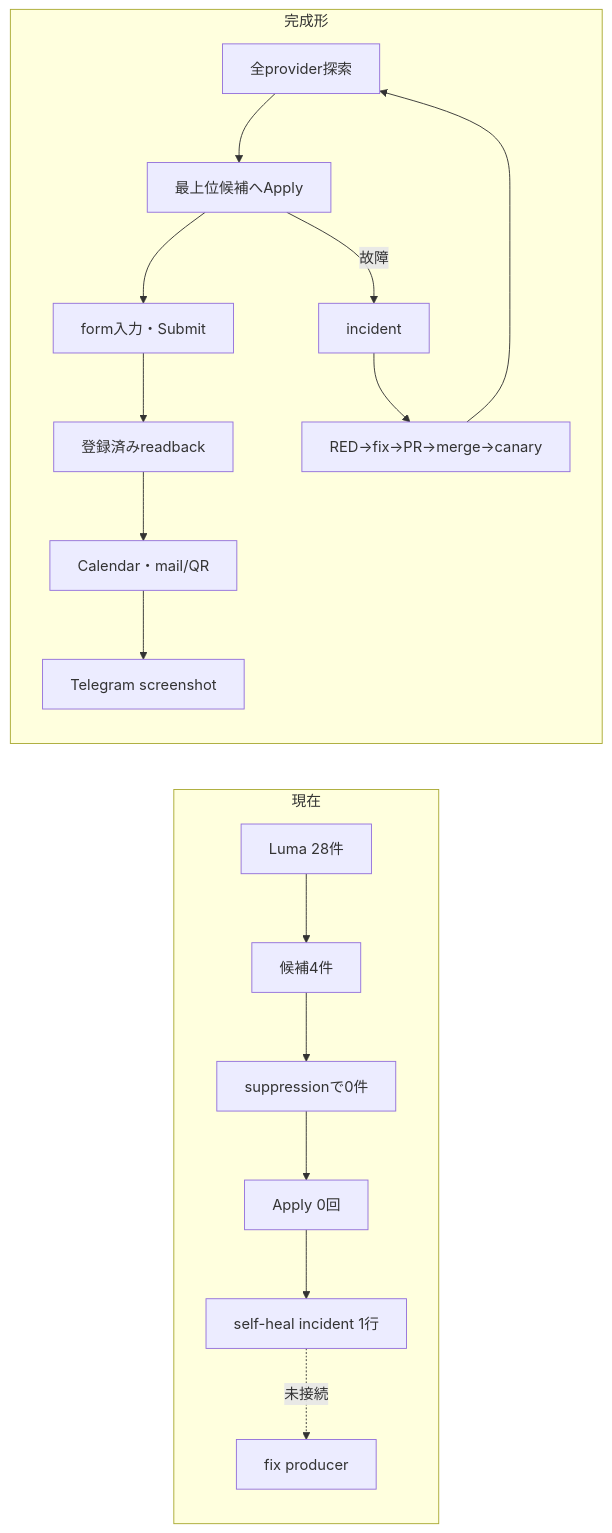
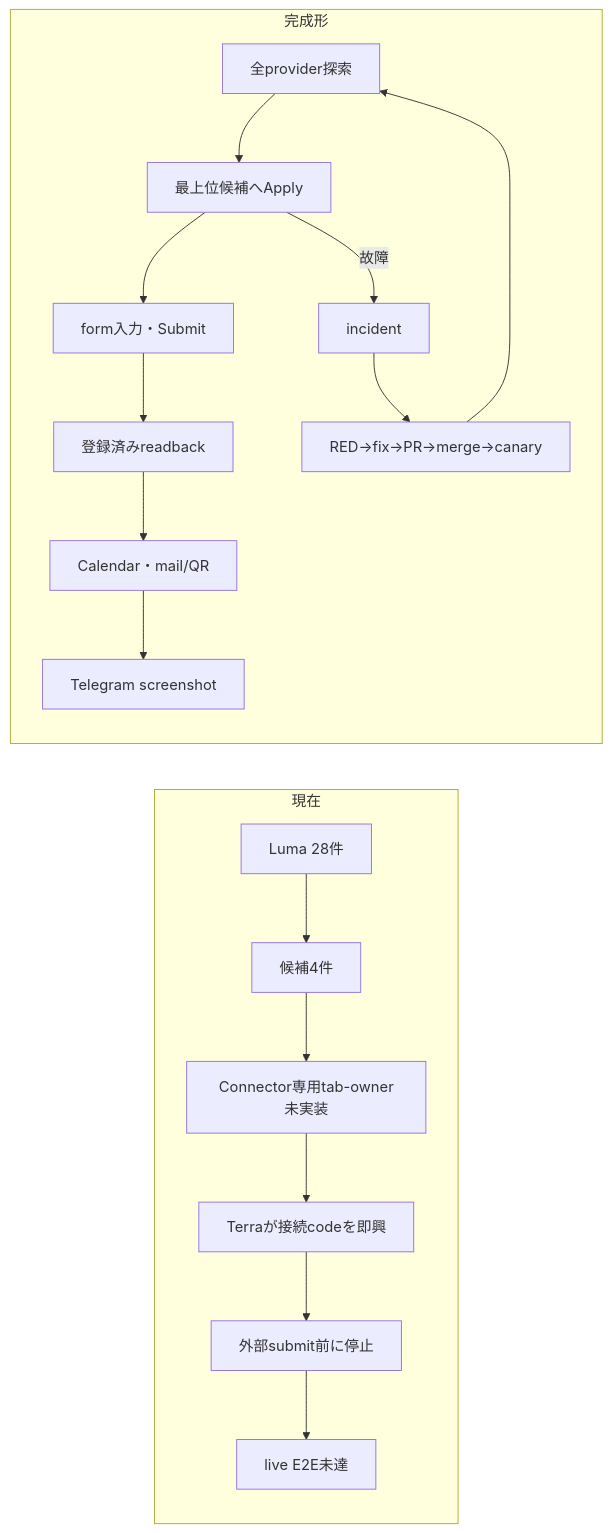
Before and after one commit to Daisuke134/anicca: the third of 6 diagrams in docs/superpowers/specs/2026-08-01-dais-life-manager-five-phase-execution-spec.md, drawn with Mermaid. The commit also changed other lines of this file, not shown here.

````diff
--- a/docs/superpowers/specs/2026-08-01-dais-life-manager-five-phase-execution-spec.md
+++ b/docs/superpowers/specs/2026-08-01-dais-life-manager-five-phase-execution-spec.md
@@ -2696,20 +2711,20 @@
 ```mermaid
 flowchart LR
   subgraph NOW[現在]
     N1[Luma 28件] --> N2[候補4件]
-    N2 --> N3[suppressionで0件]
-    N3 --> N4[Apply 0回]
-    N4 --> N5[self-heal incident 1行]
-    N5 -. 未接続 .-> N6[fix producer]
+    N2 --> N3[Connector専用tab-owner未実装]
+    N3 --> N4[Terraが接続codeを即興]
+    N4 --> N5[外部submit前に停止]
+    N5 --> N6[live E2E未達]
   end
   subgraph TARGET[完成形]
     T1[全provider探索] --> T2[最上位候補へApply]
     T2 --> T3[form入力・Submit]
     T3 --> T4[登録済みreadback]
     T4 --> T5[Calendar・mail/QR]
     T5 --> T6[Telegram screenshot]
     T2 -->|故障| T7[incident]
     T7 --> T8[RED→fix→PR→merge→canary]
     T8 --> T1
   end
 ```
````
